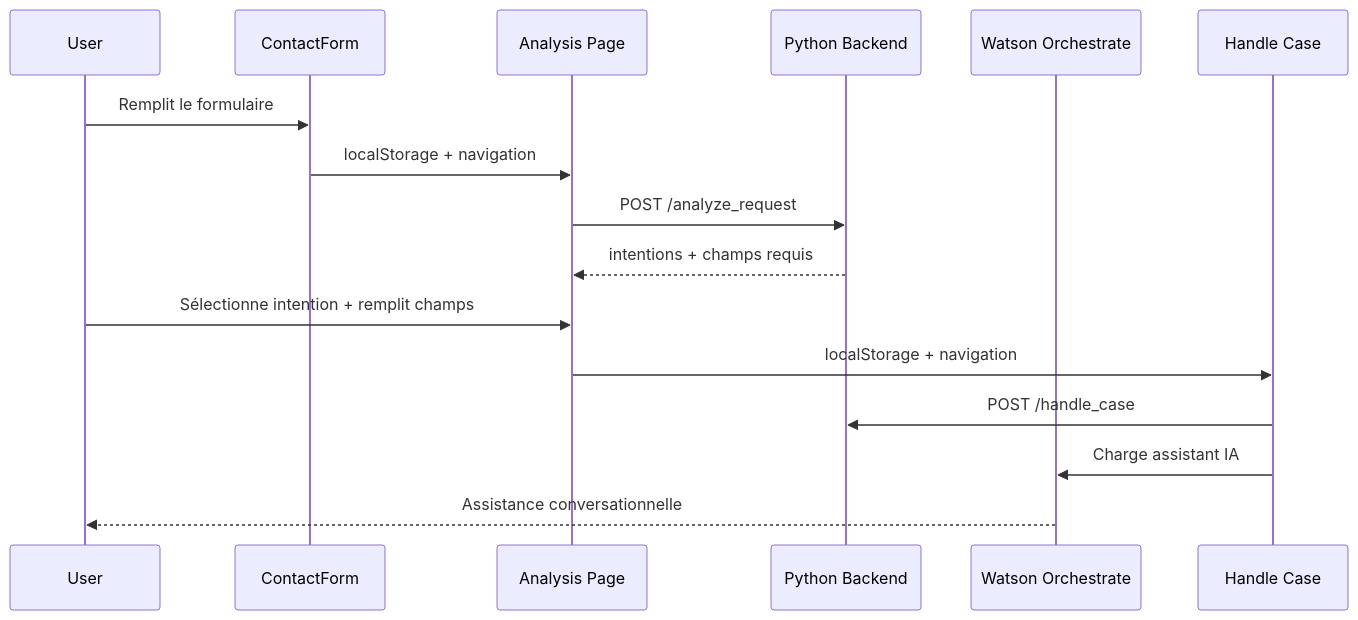
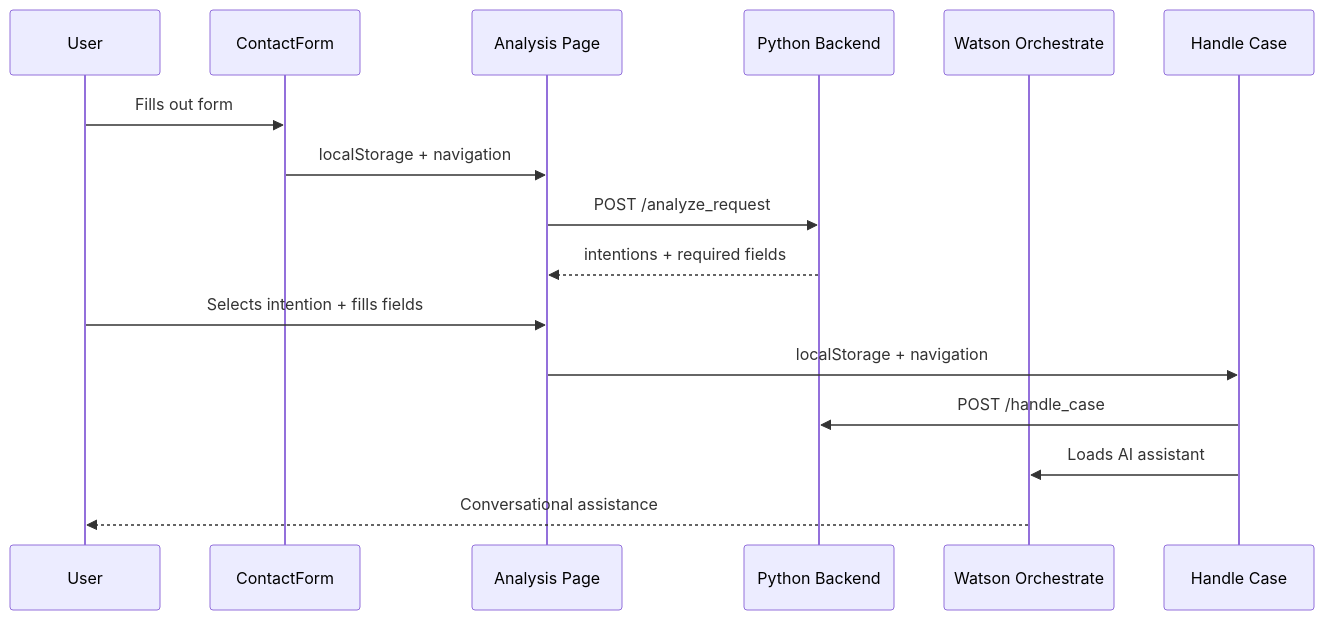
The second of 2 diagrams in README.md (athena-ceo/trusted-service), drawn with Mermaid before and after one commit. The commit also changed other lines of this file and 1 other file, not shown here.

````diff
--- a/README.md
+++ b/README.md
@@ -202,19 +202,19 @@
 ```mermaid
 sequenceDiagram
     participant User
     participant Form as ContactForm
     participant Analysis as Analysis Page
     participant API as Python Backend
     participant Watson as Watson Orchestrate
     participant HandleCase as Handle Case
 
-    User->>Form: Remplit le formulaire
+    User->>Form: Fills out form
     Form->>Analysis: localStorage + navigation
     Analysis->>API: POST /analyze_request
-    API-->>Analysis: intentions + champs requis
-    User->>Analysis: Sélectionne intention + remplit champs
+    API-->>Analysis: intentions + required fields
+    User->>Analysis: Selects intention + fills fields
     Analysis->>HandleCase: localStorage + navigation
     HandleCase->>API: POST /handle_case
-    HandleCase->>Watson: Charge assistant IA
-    Watson-->>User: Assistance conversationnelle
+    HandleCase->>Watson: Loads AI assistant
+    Watson-->>User: Conversational assistance
 ```
````
